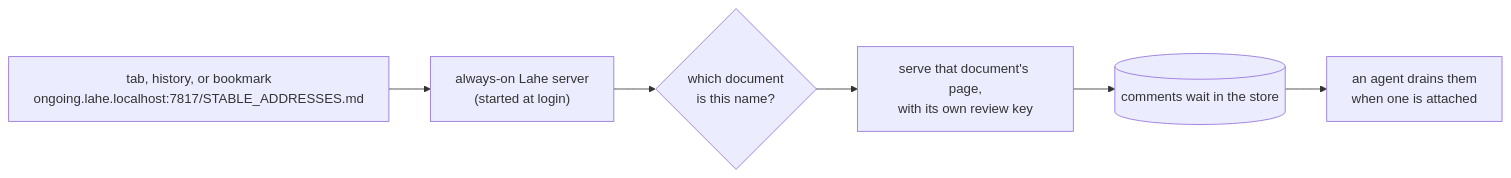
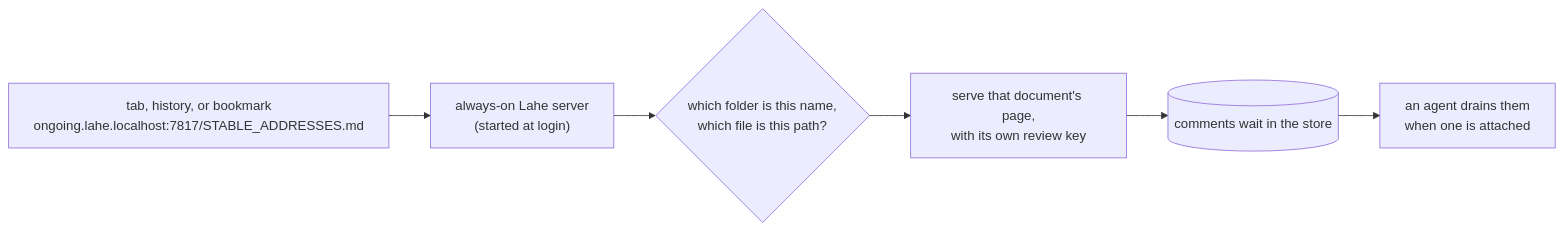
Before and after one commit to kenxle/live-agentic-html-editor: the second of 2 diagrams in docs/features/20261011.02_stable_addresses/01_brief_stable_addresses.md, drawn with Mermaid. The commit also changed 6 other files, not shown here.

````diff
--- a/docs/features/20261011.02_stable_addresses/01_brief_stable_addresses.md
+++ b/docs/features/20261011.02_stable_addresses/01_brief_stable_addresses.md
@@ -56,8 +56,8 @@
 ```mermaid
 flowchart LR
     Tab["tab, history, or bookmark<br/>ongoing.lahe.localhost:7817/STABLE_ADDRESSES.md"] --> Server["always-on Lahe server<br/>(started at login)"]
-    Server --> Which{"which document<br/>is this name?"}
+    Server --> Which{"which folder is this name,<br/>which file is this path?"}
     Which --> Doc["serve that document's page,<br/>with its own review key"]
     Doc --> Store[("comments wait in the store")]
     Store --> Agent["an agent drains them<br/>when one is attached"]
 ```
````
